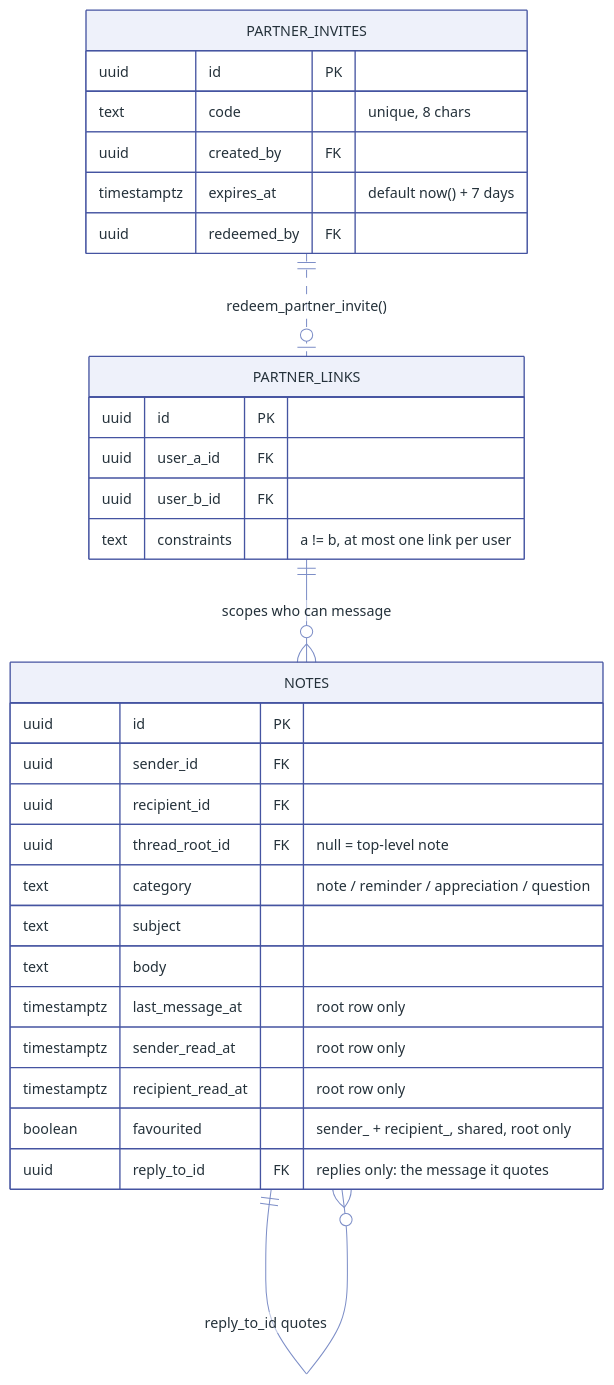
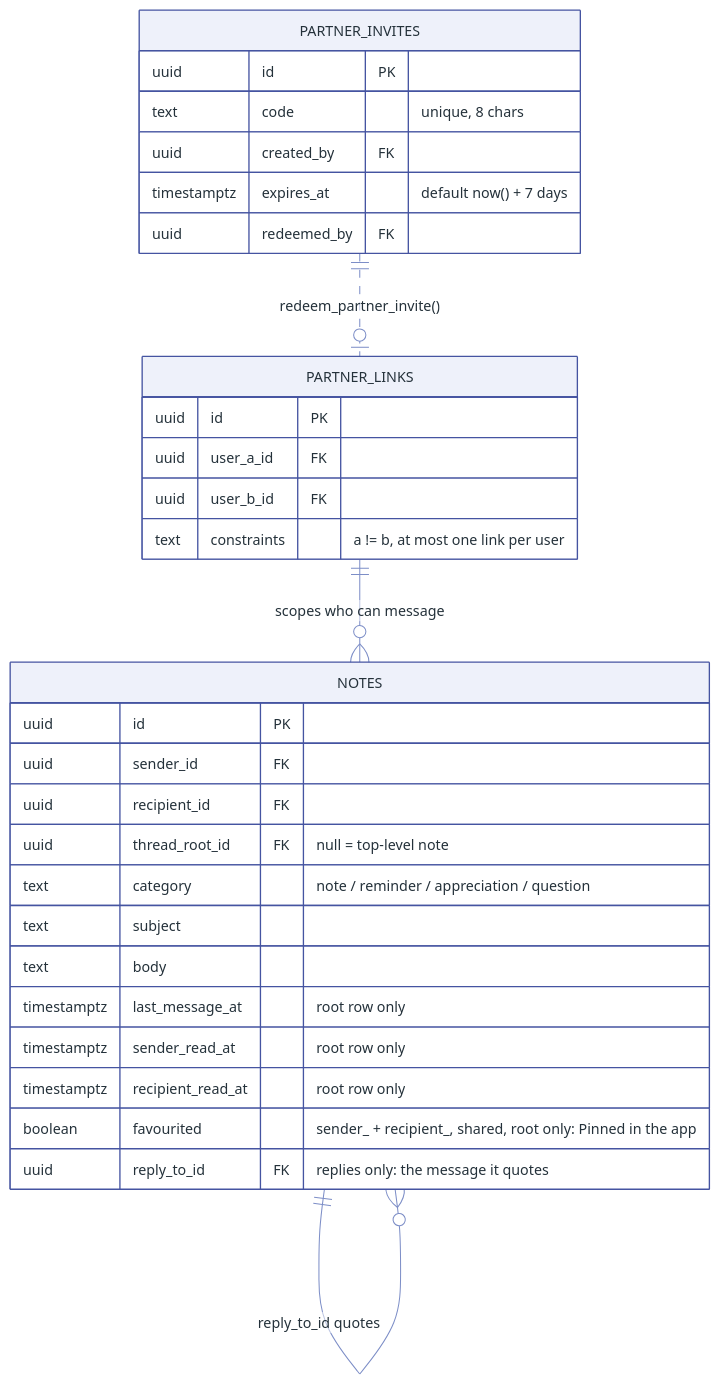
One commit to xxvazquez/health-management changed the fourth of 7 diagrams in docs/data-model.md. Above: the diagram before and after it, drawn with Mermaid. The commit also changed 13 other files, not shown here.

````diff
--- a/docs/data-model.md
+++ b/docs/data-model.md
@@ -292,40 +292,40 @@
 ```mermaid
 %%{init: {"theme": "base", "themeVariables": {
   "primaryColor": "#eef1fa", "primaryBorderColor": "#4554a1",
   "primaryTextColor": "#24313a", "lineColor": "#7d8ec7",
   "fontFamily": "Inter, -apple-system, sans-serif", "fontSize": "14px"
 }}}%%
 erDiagram
     PARTNER_INVITES ||..o| PARTNER_LINKS : "redeem_partner_invite()"
     PARTNER_LINKS   ||--o{ NOTES         : "scopes who can message"
     NOTES           ||--o{ NOTES         : "thread_root_id replies"
     NOTES           ||--o{ NOTES         : "reply_to_id quotes"
 
     PARTNER_INVITES {
         uuid        id PK
         text        code "unique, 8 chars"
         uuid        created_by FK
         timestamptz expires_at "default now() + 7 days"
         uuid        redeemed_by FK
     }
     PARTNER_LINKS {
         uuid id PK
         uuid user_a_id FK
         uuid user_b_id FK
         text constraints "a != b, at most one link per user"
     }
     NOTES {
         uuid        id PK
         uuid        sender_id FK
         uuid        recipient_id FK
         uuid        thread_root_id FK "null = top-level note"
         text        category "note / reminder / appreciation / question"
         text        subject
         text        body
         timestamptz last_message_at "root row only"
         timestamptz sender_read_at "root row only"
         timestamptz recipient_read_at "root row only"
-        boolean     favourited "sender_ + recipient_, shared, root only"
+        boolean     favourited "sender_ + recipient_, shared, root only: Pinned in the app"
         uuid        reply_to_id FK "replies only: the message it quotes"
     }
 ```
````
